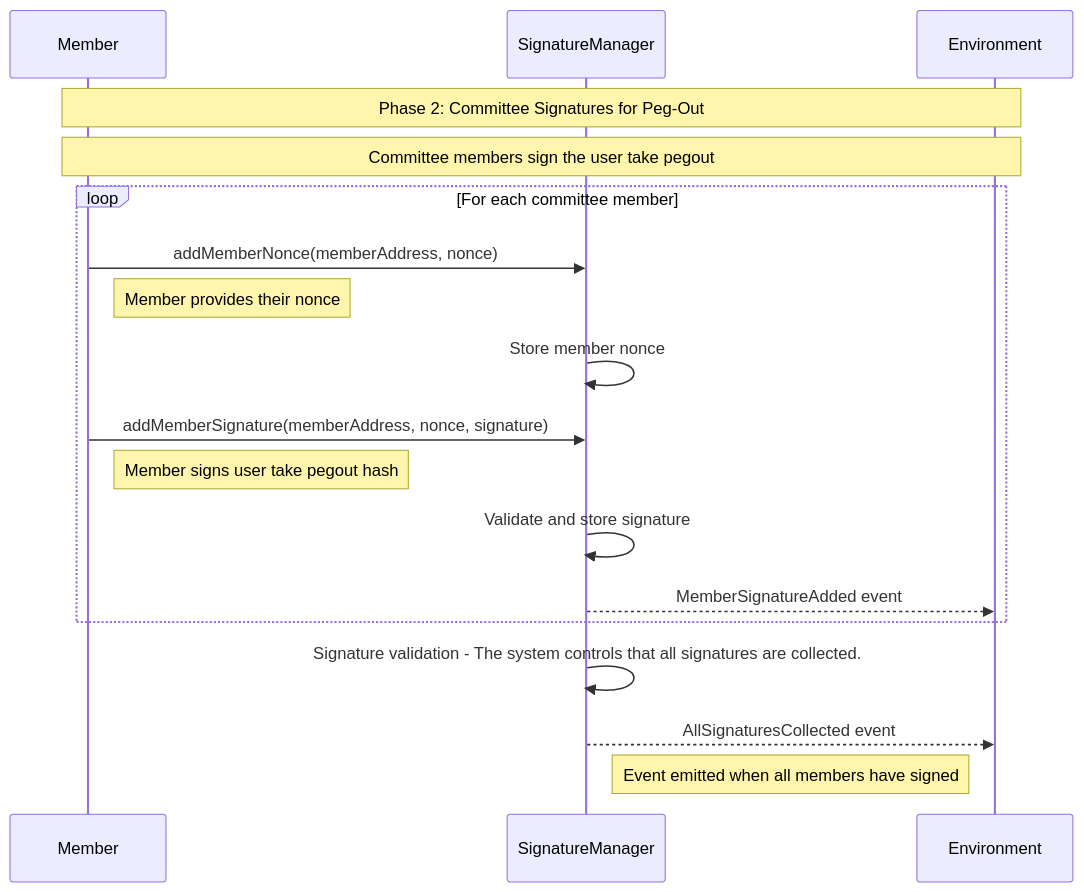
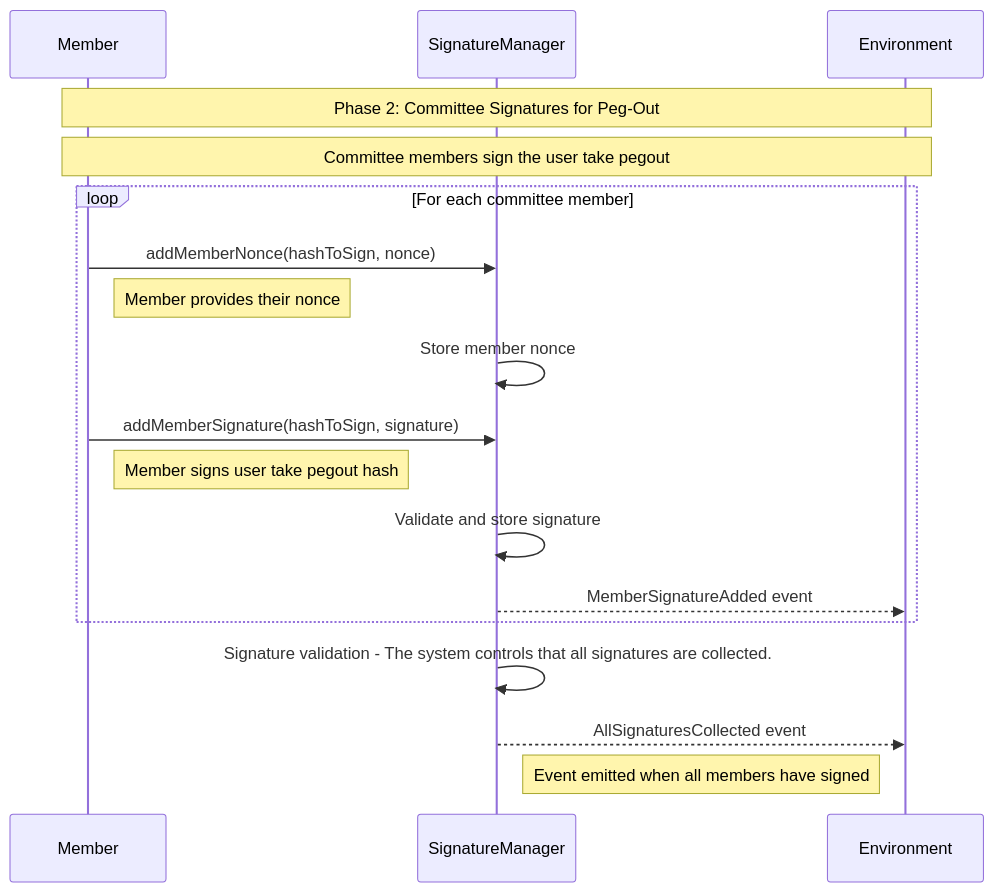
The ninth of 11 diagrams in README.md (rsksmart/union-bridge-contracts), drawn with Mermaid before and after one commit. The commit also changed other lines of this file, not shown here.

Commit message:
Update diagrams after CommitteRegistry split

````diff
--- a/README.md
+++ b/README.md
@@ -297,23 +310,23 @@
 ```mermaid
 sequenceDiagram
     participant M as Member
     participant SM as SignatureManager
     participant ENV as Environment
 
     Note over M,ENV: Phase 2: Committee Signatures for Peg-Out
     Note over M,ENV: Committee members sign the user take pegout
 
     loop For each committee member
-        M->>SM: addMemberNonce(memberAddress, nonce)
+        M->>SM: addMemberNonce(hashToSign, nonce)
         Note right of M: Member provides their nonce
         SM->>SM: Store member nonce
-        M->>SM: addMemberSignature(memberAddress, nonce, signature)
+        M->>SM: addMemberSignature(hashToSign, signature)
         Note right of M: Member signs user take pegout hash
         SM->>SM: Validate and store signature
         SM-->>ENV: MemberSignatureAdded event
     end
 
     SM->>SM: Signature validation - The system controls that all signatures are collected.
     SM-->>ENV: AllSignaturesCollected event
     Note right of SM: Event emitted when all members have signed
 ```
````
